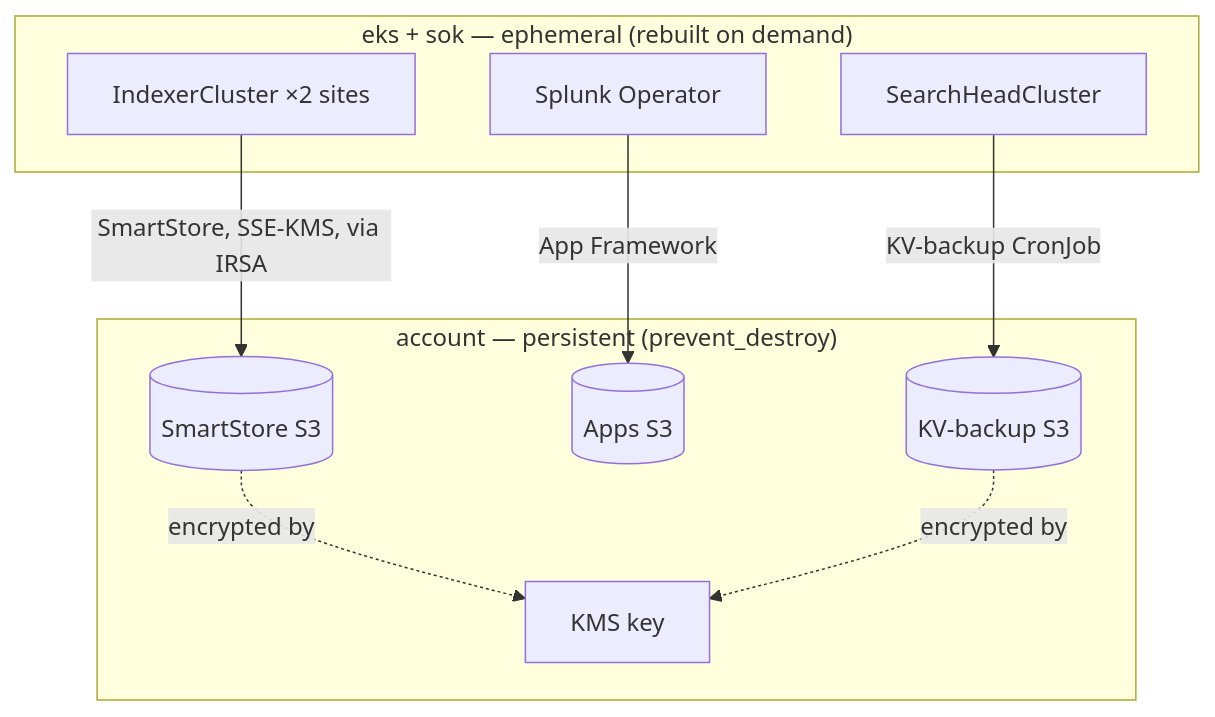
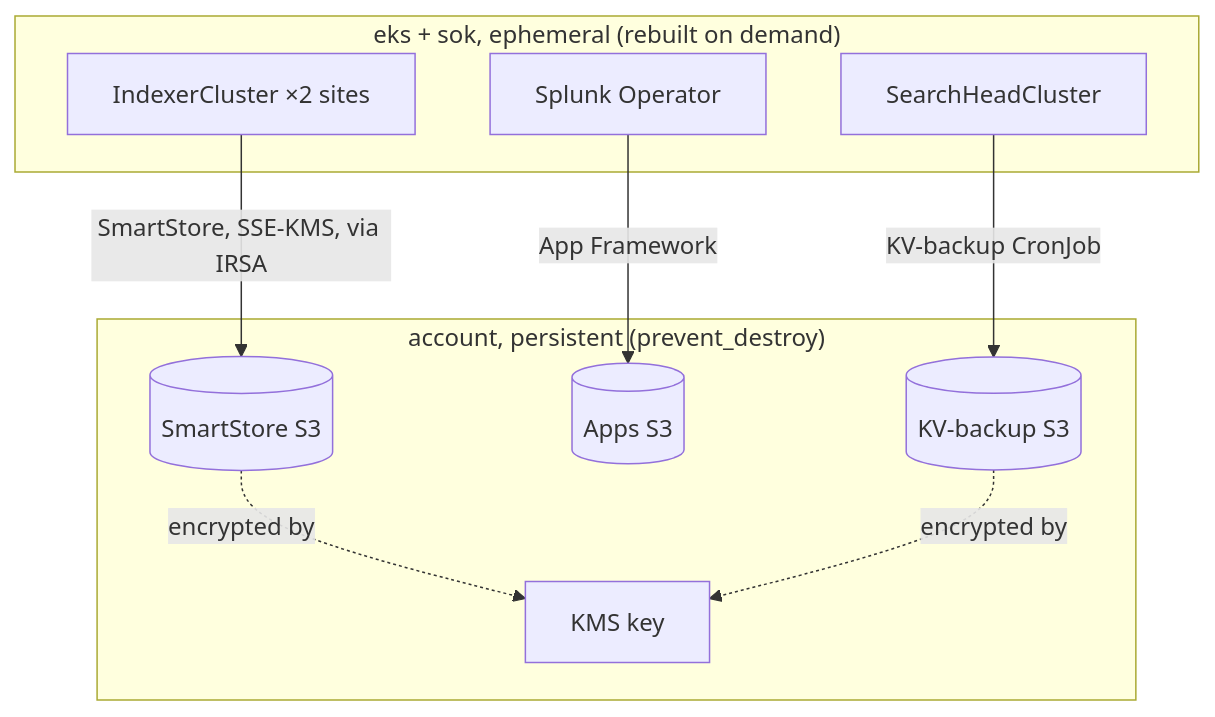
One commit to livehybrid/aws-splunk-deployment changed the second of 3 diagrams in docs/kubernetes-sok-overview.md. Above: the diagram before and after it, drawn with Mermaid. The commit also changed other lines of this file and 76 other files, not shown here.

````diff
--- a/docs/kubernetes-sok-overview.md
+++ b/docs/kubernetes-sok-overview.md
@@ -65,19 +65,19 @@
 ```mermaid
 flowchart TB
-    subgraph eph ["eks + sok — ephemeral (rebuilt on demand)"]
+    subgraph eph ["eks + sok, ephemeral (rebuilt on demand)"]
         op["Splunk Operator"]
         idx["IndexerCluster ×2 sites"]
         shc["SearchHeadCluster"]
     end
-    subgraph persist ["account — persistent (prevent_destroy)"]
+    subgraph persist ["account, persistent (prevent_destroy)"]
         s3s[("SmartStore S3")]
         s3a[("Apps S3")]
         s3k[("KV-backup S3")]
         kms["KMS key"]
     end
     idx -->|"SmartStore, SSE-KMS, via IRSA"| s3s
     op -->|"App Framework"| s3a
     shc -->|"KV-backup CronJob"| s3k
     s3s -. "encrypted by" .-> kms
     s3k -. "encrypted by" .-> kms
 ```
````
